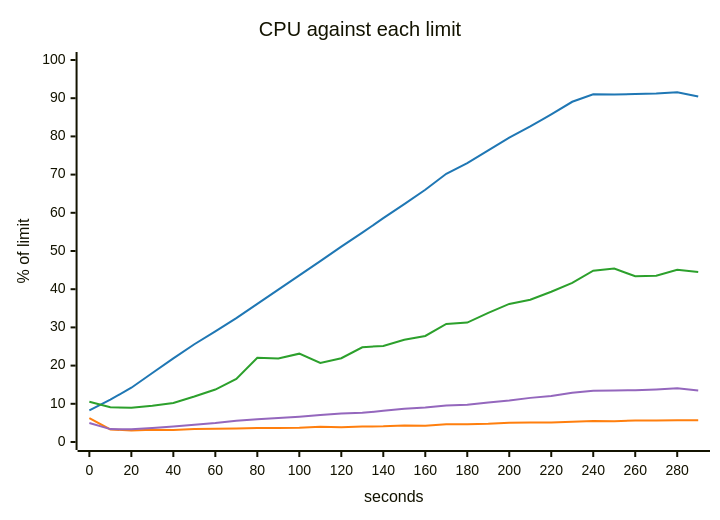
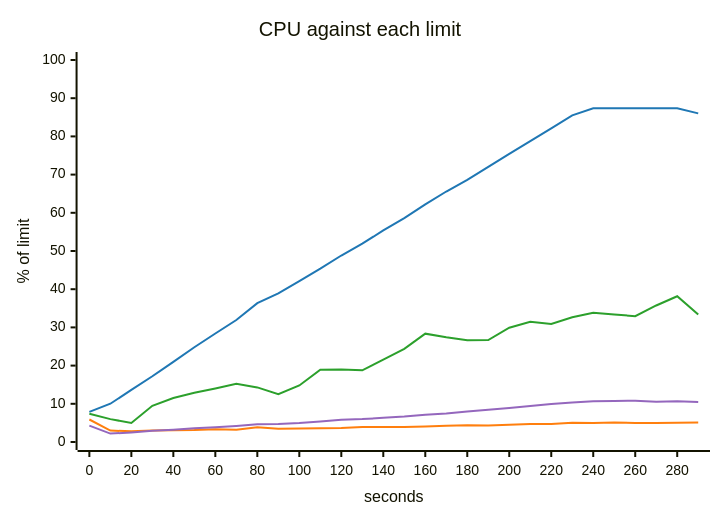
One commit to akinfemi/load-lore changed the fifth of 5 diagrams in scenarios/live-vote/solutions/redis-tally/report.md. Above: the diagram before and after it, drawn with Mermaid. The commit also changed other lines of this file and 71 other files, not shown here.

````diff
--- a/scenarios/live-vote/solutions/redis-tally/report.md
+++ b/scenarios/live-vote/solutions/redis-tally/report.md
@@ -93,17 +93,17 @@
 ```mermaid
 ---
 config:
   themeVariables:
     xyChart:
       backgroundColor: "transparent"
       plotColorPalette: "#1f77b4, #ff7f0e, #2ca02c, #9467bd"
 ---
 xychart-beta
     title "CPU against each limit"
     x-axis "seconds" 0 --> 290
     y-axis "% of limit" 0 --> 100
-    line [8.301, 11.079, 14.213, 18.059, 21.883, 25.583, 28.967, 32.446, 36.155, 39.903, 43.601, 47.349, 51.148, 54.795, 58.589, 62.258, 66.033, 70.213, 72.998, 76.33, 79.701, 82.596, 85.754, 89.063, 91.015, 90.98, 91.08, 91.231, 91.567, 90.465]
-    line [6.244, 3.291, 3.002, 3.225, 3.113, 3.391, 3.477, 3.547, 3.642, 3.658, 3.753, 3.991, 3.836, 4.056, 4.112, 4.291, 4.242, 4.655, 4.656, 4.76, 5.058, 5.092, 5.134, 5.329, 5.48, 5.437, 5.635, 5.646, 5.682, 5.701]
-    line [10.533, 9.107, 8.954, 9.483, 10.197, 11.893, 13.734, 16.505, 22.074, 21.853, 23.125, 20.699, 21.942, 24.803, 25.161, 26.774, 27.761, 30.901, 31.257, 33.819, 36.142, 37.258, 39.336, 41.676, 44.85, 45.403, 43.399, 43.551, 45.101, 44.485]
-    line [4.968, 3.376, 3.337, 3.694, 4.056, 4.529, 4.993, 5.591, 5.972, 6.262, 6.62, 7.067, 7.431, 7.643, 8.153, 8.725, 9.028, 9.545, 9.77, 10.365, 10.872, 11.55, 12.059, 12.891, 13.444, 13.485, 13.573, 13.765, 14.061, 13.466]
+    line [7.889, 10.02, 13.634, 17.201, 20.994, 24.804, 28.401, 31.944, 36.356, 38.903, 42.104, 45.37, 48.815, 51.909, 55.384, 58.614, 62.195, 65.575, 68.615, 72.048, 75.411, 78.787, 82.093, 85.499, 87.373, 87.371, 87.367, 87.339, 87.359, 86.022]
+    line [5.89, 2.996, 2.806, 2.992, 3.107, 3.141, 3.321, 3.233, 3.87, 3.487, 3.517, 3.573, 3.652, 3.914, 3.9, 3.896, 4.087, 4.246, 4.369, 4.328, 4.54, 4.728, 4.703, 5.011, 4.973, 5.096, 4.998, 4.975, 5.059, 5.115]
+    line [7.398, 5.986, 4.993, 9.467, 11.511, 12.867, 14.031, 15.247, 14.289, 12.503, 14.804, 18.912, 19.001, 18.762, 21.542, 24.389, 28.357, 27.395, 26.615, 26.693, 29.913, 31.478, 30.896, 32.634, 33.859, 33.396, 32.928, 35.742, 38.163, 33.346]
+    line [4.28, 2.198, 2.51, 2.921, 3.219, 3.578, 3.848, 4.204, 4.619, 4.712, 4.988, 5.386, 5.817, 5.998, 6.322, 6.664, 7.159, 7.451, 7.969, 8.433, 8.891, 9.431, 9.958, 10.342, 10.655, 10.747, 10.808, 10.529, 10.691, 10.48]
 ```
````
